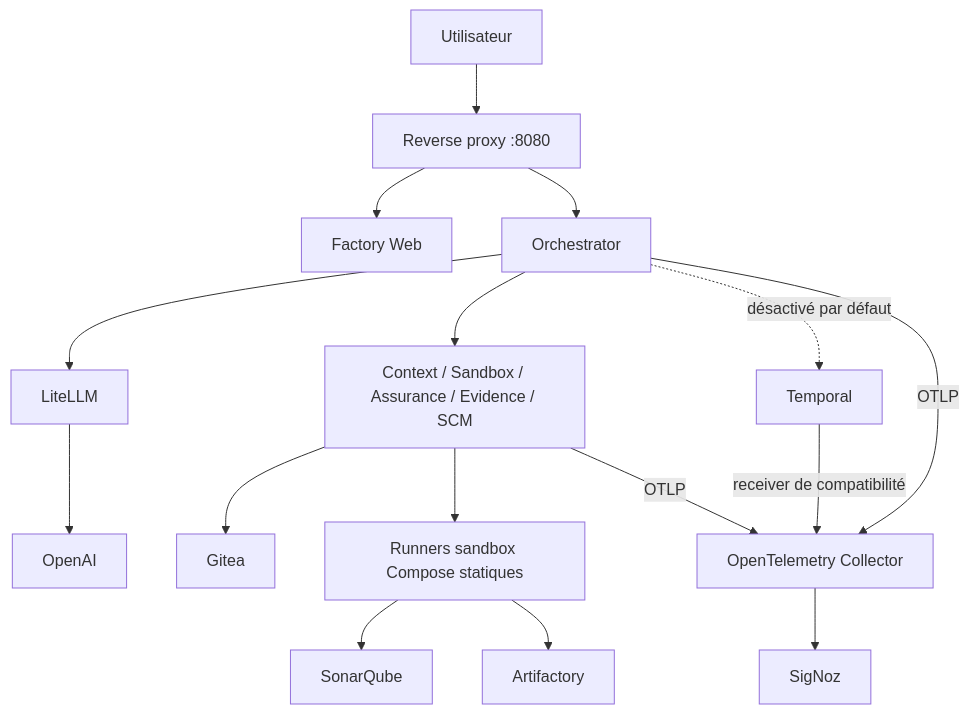
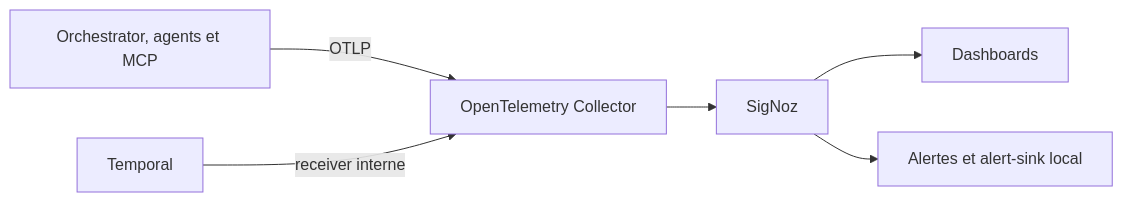
Before and after one commit to dbeaumont/ai-software-factory-local: the second of 2 diagrams in docs/operations/maintenance.md, drawn with Mermaid. The commit also changed other lines of this file and 28 other files, not shown here.

````diff
--- a/docs/operations/maintenance.md
+++ b/docs/operations/maintenance.md
@@ -61,18 +211,8 @@
 ```mermaid
-flowchart TB
-  U[Utilisateur] --> RP[Reverse proxy :8080]
-  RP --> WEB[Factory Web]
-  RP --> ORCH[Orchestrator]
-  ORCH --> LLM[LiteLLM]
-  LLM --> OAI[OpenAI]
-  ORCH --> MCP[Context / Sandbox / Assurance / Evidence / SCM]
-  MCP --> G[Gitea]
-  MCP --> J[Runners sandbox Compose statiques]
-  J --> SQ[SonarQube]
-  J --> AF[Artifactory]
-  ORCH -. désactivé par défaut .-> T[Temporal]
-  ORCH -->|OTLP| C[OpenTelemetry Collector]
-  MCP -->|OTLP| C
-  T -->|receiver de compatibilité| C
-  C --> S[SigNoz]
+flowchart LR
+  APP[Orchestrator, agents et MCP] -->|OTLP| COL[OpenTelemetry Collector]
+  TEMP[Temporal] -->|receiver interne| COL
+  COL --> SIGNOZ[SigNoz]
+  SIGNOZ --> DASH[Dashboards]
+  SIGNOZ --> ALERT[Alertes et alert-sink local]
 ```
````
